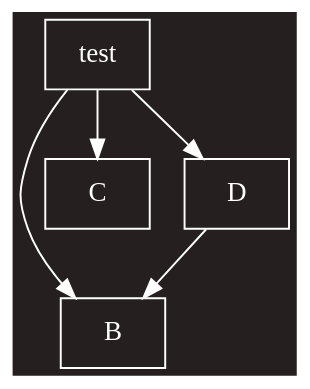
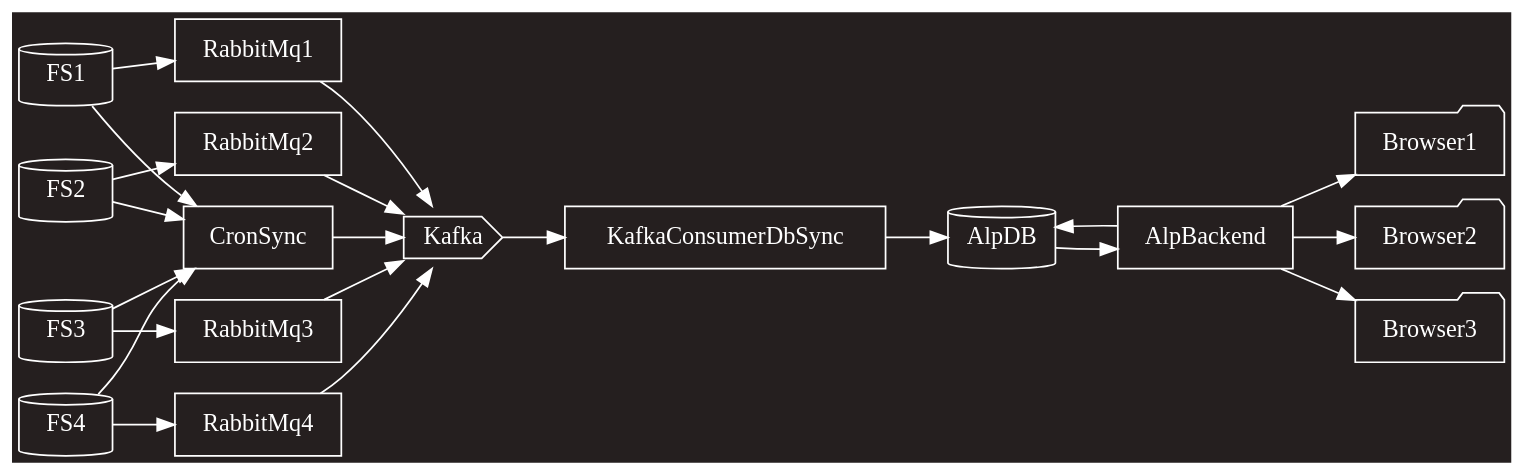
Before and after one commit to theknarf-experiments/arkitektur-skisse: the diagram in src/test.dot, drawn with Graphviz.

Commit message:
Exampel architecture

```diff
--- a/src/test.dot
+++ b/src/test.dot
@@ -1,15 +1,26 @@
 digraph D {
-
+	// https://www.graphviz.org/doc/info/shapes.html
+	rankdir=LR;
 
 	graph [bgcolor="#251F1F", margin=0.5];
 	edge  [color=white, fontcolor=white];
 	node  [color=white, fontcolor=white, shape=box];
 
-	A [label="test"];
+	FS1, FS2, FS3, FS4 [shape=cylinder];
+	AlpDB [shape=cylinder];
+	Kafka [shape=cds];
+	Browser1, Browser2, Browser3 [shape=folder];
 
-	A -> B;
-	A -> C;
-	A -> D;
-	D -> B;
+	FS1 -> RabbitMq1;
+	FS2 -> RabbitMq2;
+	FS3 -> RabbitMq3;
+	FS4 -> RabbitMq4;
 
+	RabbitMq1, RabbitMq2, RabbitMq3, RabbitMq4 -> Kafka
+
+	FS1, FS2, FS3, FS4 -> CronSync -> Kafka;
+
+	Kafka -> KafkaConsumerDbSync -> AlpDB;
+	AlpDB -> AlpBackend -> AlpDB;
+	AlpBackend -> Browser1, Browser2, Browser3;
 }
```
